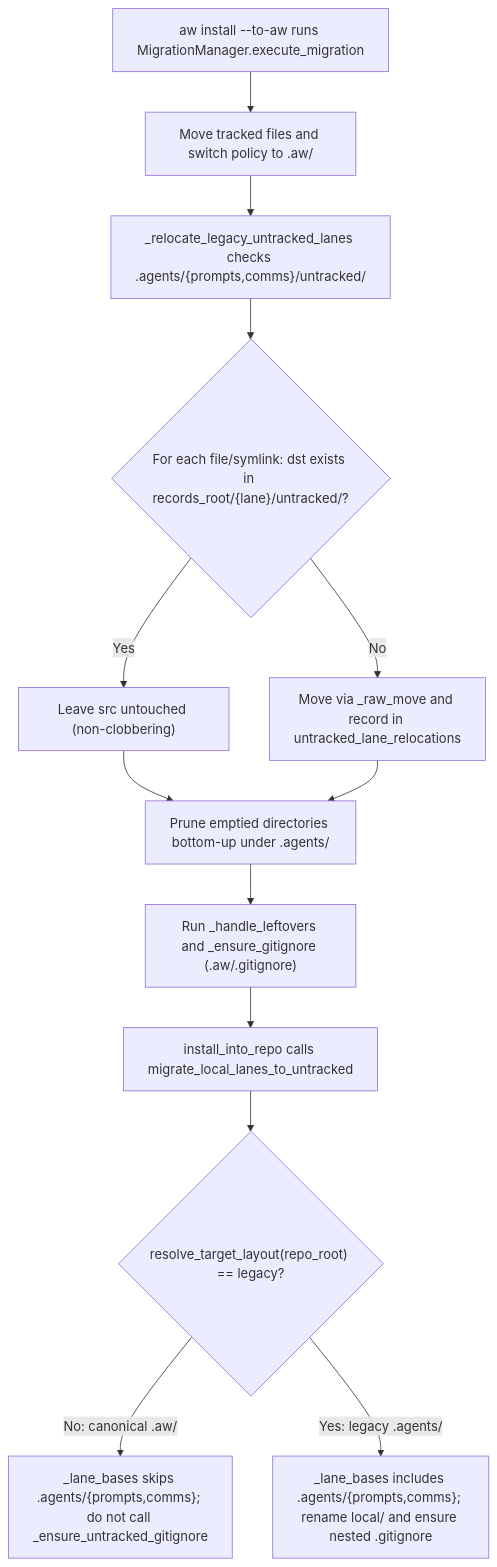
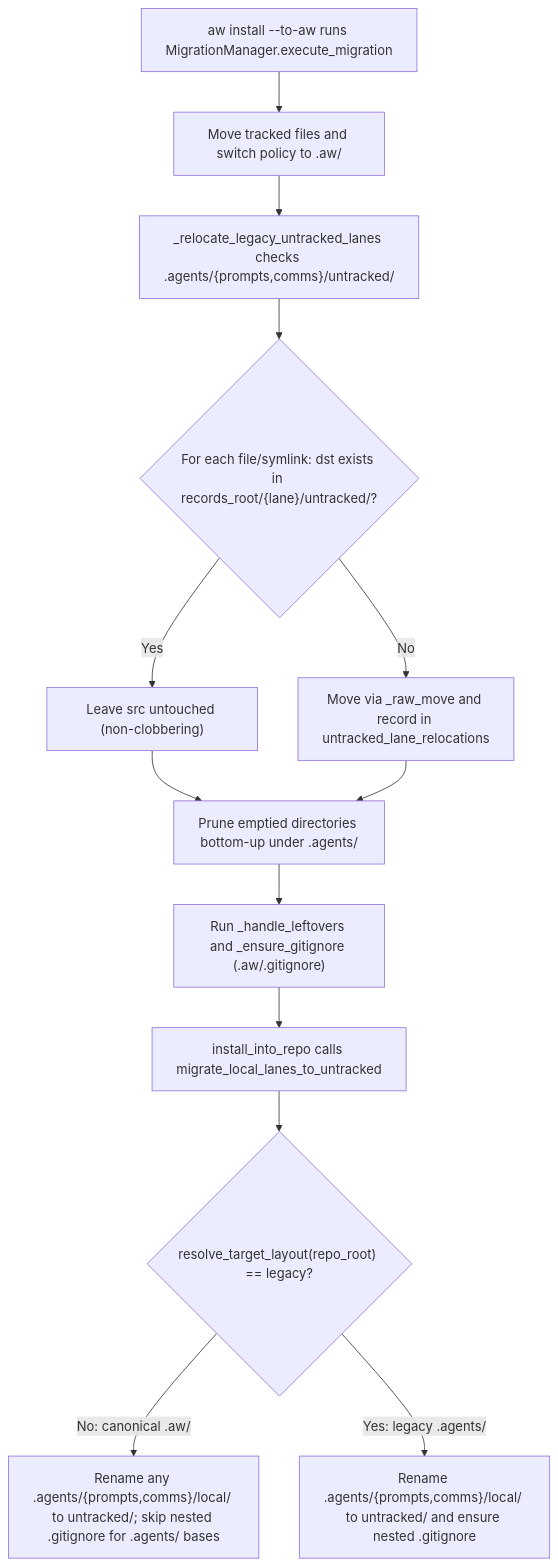
The diagram in .aw/records/plans/pending/20261121-fbxkvo-01-2cv6rz-relocate-legacy-untracked-lanes-during-to-aw-and-guard-migra.ipd.md (fariello/agent-workflows), drawn with Mermaid before and after one commit. The commit also changed other lines of this file and 1 other file, not shown here.

````diff
--- a/.aw/records/plans/pending/20261121-fbxkvo-01-2cv6rz-relocate-legacy-untracked-lanes-during-to-aw-and-guard-migra.ipd.md
+++ b/.aw/records/plans/pending/20261121-fbxkvo-01-2cv6rz-relocate-legacy-untracked-lanes-during-to-aw-and-guard-migra.ipd.md
@@ -112,15 +120,15 @@
 ```mermaid
 flowchart TD
     A["aw install --to-aw runs MigrationManager.execute_migration"] --> B["Move tracked files and switch policy to .aw/"]
     B --> C["_relocate_legacy_untracked_lanes checks .agents/{prompts,comms}/untracked/"]
     C --> D{"For each file/symlink: dst exists in records_root/{lane}/untracked/?"}
     D -->|Yes| E["Leave src untouched (non-clobbering)"]
     D -->|No| F["Move via _raw_move and record in untracked_lane_relocations"]
     E --> G["Prune emptied directories bottom-up under .agents/"]
     F --> G
     G --> H["Run _handle_leftovers and _ensure_gitignore (.aw/.gitignore)"]
     H --> I["install_into_repo calls migrate_local_lanes_to_untracked"]
     I --> J{"resolve_target_layout(repo_root) == legacy?"}
-    J -->|No: canonical .aw/| K["_lane_bases skips .agents/{prompts,comms}; do not call _ensure_untracked_gitignore"]
-    J -->|Yes: legacy .agents/| L["_lane_bases includes .agents/{prompts,comms}; rename local/ and ensure nested .gitignore"]
+    J -->|No: canonical .aw/| K["Rename any .agents/{prompts,comms}/local/ to untracked/; skip nested .gitignore for .agents/ bases"]
+    J -->|Yes: legacy .agents/| L["Rename .agents/{prompts,comms}/local/ to untracked/ and ensure nested .gitignore"]
 ```
````
